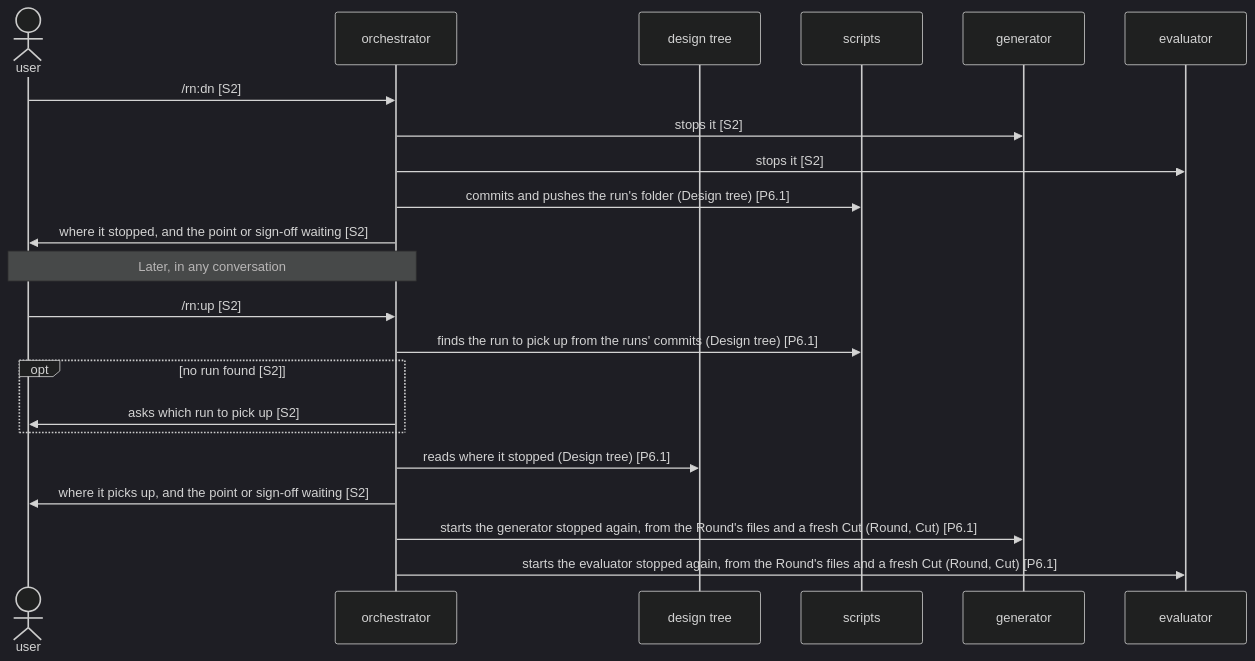
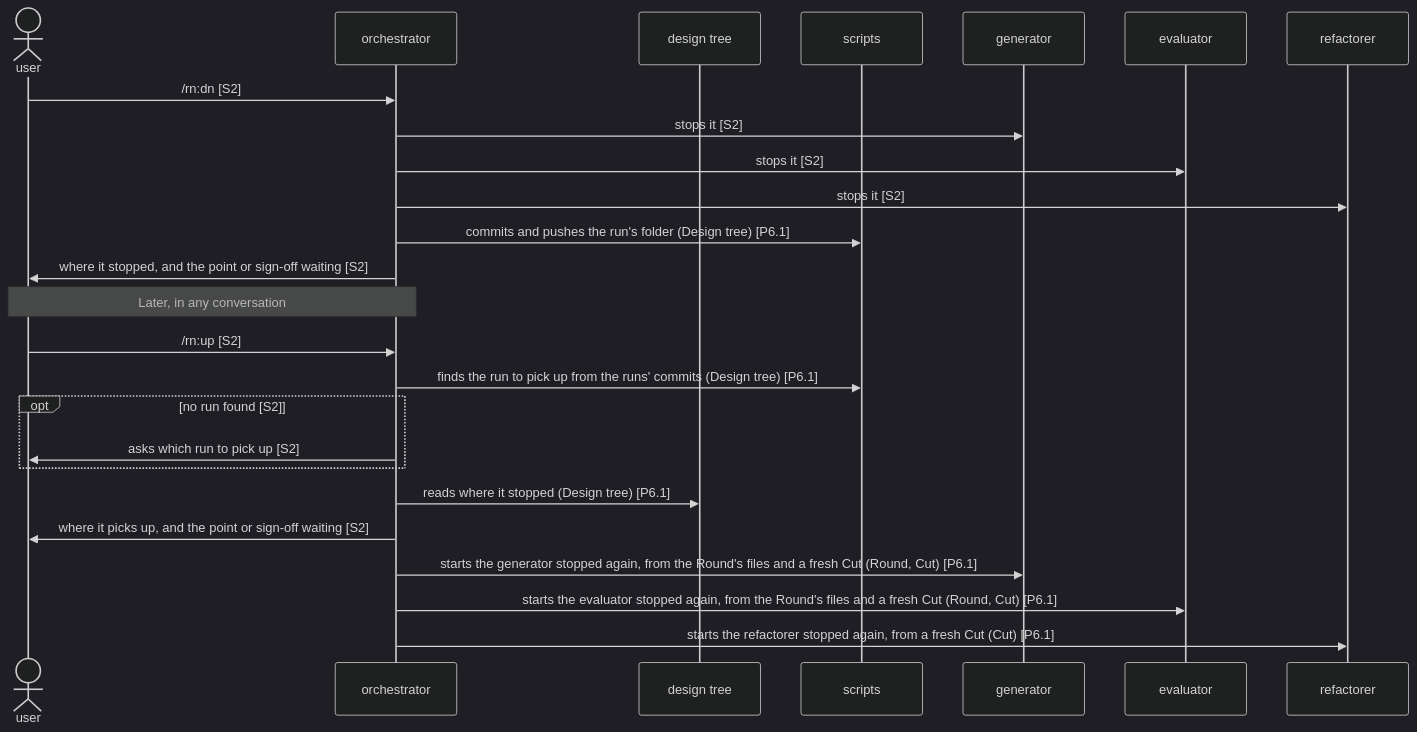
One commit to lovaizu/ccpm changed the second of 2 diagrams in dev/rn/architecture.md. Above: the diagram before and after it, drawn with Mermaid (dark theme). The commit also changed other lines of this file and 4 other files, not shown here.

````diff
--- a/dev/rn/architecture.md
+++ b/dev/rn/architecture.md
@@ -187,24 +199,27 @@
 ```mermaid
 sequenceDiagram
   actor U as user
   participant O as orchestrator
   participant T as design tree
   participant S as scripts
   participant G as generator
   participant E as evaluator
+  participant R as refactorer
   U->>O: /rn:dn [S2]
   O->>G: stops it [S2]
   O->>E: stops it [S2]
+  O->>R: stops it [S2]
   O->>S: commits and pushes the run's folder (Design tree) [P6.1]
   O->>U: where it stopped, and the point or sign-off waiting [S2]
   Note over U,O: Later, in any conversation
   U->>O: /rn:up [S2]
   O->>S: finds the run to pick up from the runs' commits (Design tree) [P6.1]
   opt no run found [S2]
     O->>U: asks which run to pick up [S2]
   end
   O->>T: reads where it stopped (Design tree) [P6.1]
   O->>U: where it picks up, and the point or sign-off waiting [S2]
   O->>G: starts the generator stopped again, from the Round's files and a fresh Cut (Round, Cut) [P6.1]
   O->>E: starts the evaluator stopped again, from the Round's files and a fresh Cut (Round, Cut) [P6.1]
+  O->>R: starts the refactorer stopped again, from a fresh Cut (Cut) [P6.1]
 ```
````
